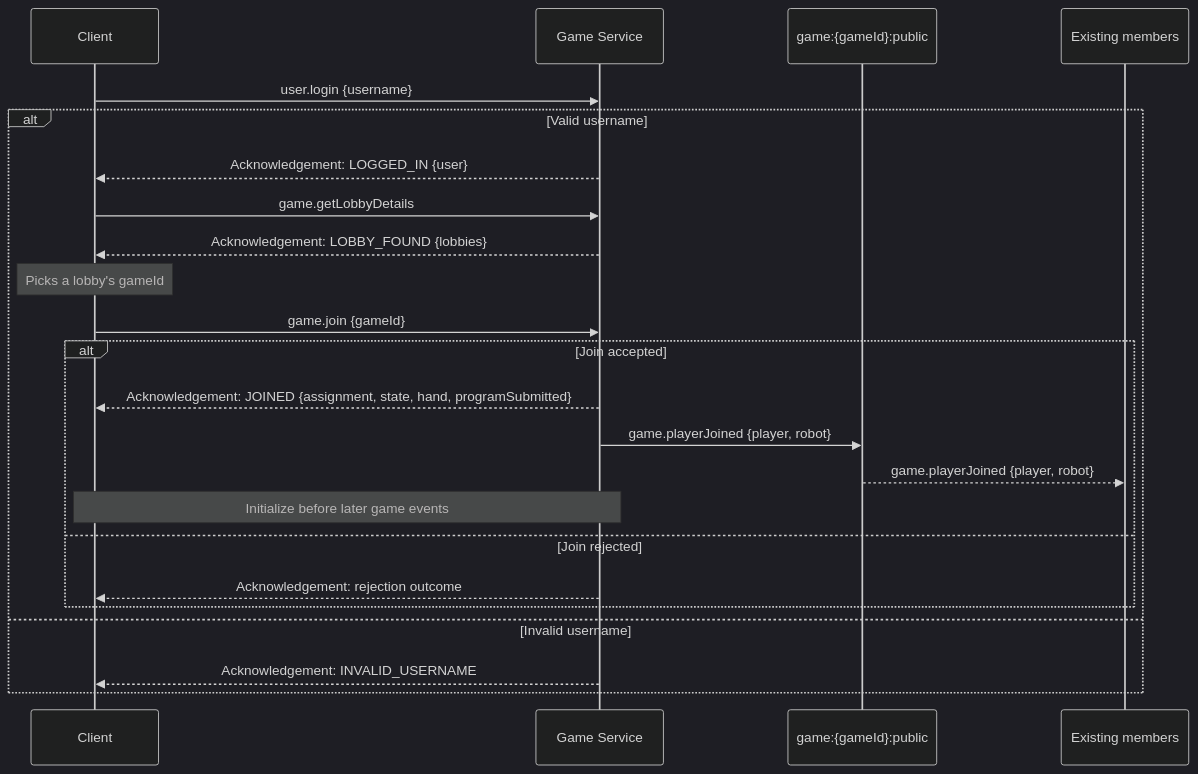
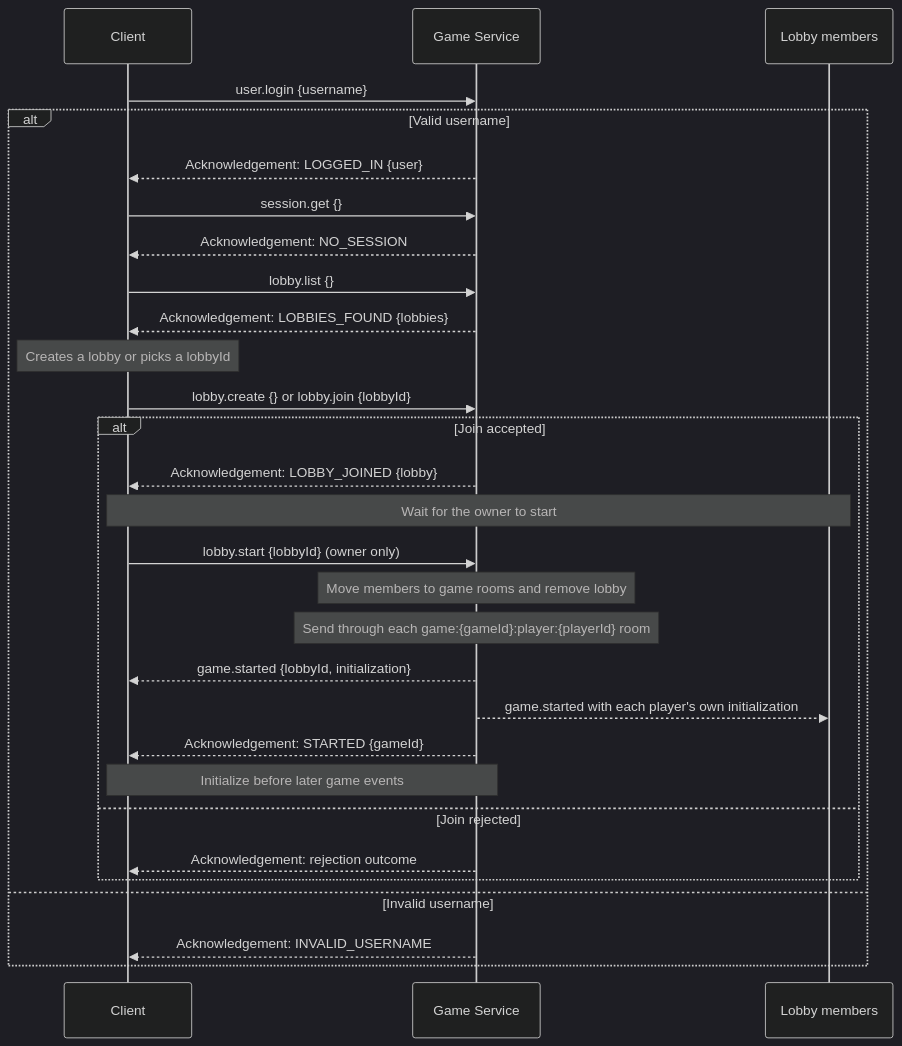
The first of 4 diagrams in docs/Communication.md (hananinas/RoboRally), drawn with Mermaid (dark theme) before and after one commit. The commit also changed other lines of this file and 2 other files, not shown here.

First line of the commit message:
Document lobby lifecycle and game handoff (#149)

````diff
--- a/docs/Communication.md
+++ b/docs/Communication.md
@@ -63,26 +67,32 @@
 ```mermaid
 sequenceDiagram
     participant Client
     participant Server as Game Service
-    participant Public as game:{gameId}:public
-    participant Others as Existing members
+    participant Others as Lobby members
 
     Client->>Server: user.login {username}
     alt Valid username
         Server-->>Client: Acknowledgement: LOGGED_IN {user}
-        Client->>Server : game.getLobbyDetails
-        Server-->>Client: Acknowledgement: LOBBY_FOUND {lobbies}
-        Note over Client: Picks a lobby's gameId
-        Client->>Server: game.join {gameId}
+        Client->>Server: session.get {}
+        Server-->>Client: Acknowledgement: NO_SESSION
+        Client->>Server : lobby.list {}
+        Server-->>Client: Acknowledgement: LOBBIES_FOUND {lobbies}
+        Note over Client: Creates a lobby or picks a lobbyId
+        Client->>Server: lobby.create {} or lobby.join {lobbyId}
         alt Join accepted
-            Server-->>Client: Acknowledgement: JOINED {assignment, state, hand, programSubmitted}
-            Server->>Public: game.playerJoined {player, robot}
-            Public-->>Others: game.playerJoined {player, robot}
+            Server-->>Client: Acknowledgement: LOBBY_JOINED {lobby}
+            Note over Client,Others: Wait for the owner to start
+            Client->>Server: lobby.start {lobbyId} (owner only)
+            Note over Server: Move members to game rooms and remove lobby
+            Note over Server: Send through each game:{gameId}:player:{playerId} room
+            Server-->>Client: game.started {lobbyId, initialization}
+            Server-->>Others: game.started with each player's own initialization
+            Server-->>Client: Acknowledgement: STARTED {gameId}
             Note over Client,Server: Initialize before later game events
         else Join rejected
             Server-->>Client: Acknowledgement: rejection outcome
         end
     else Invalid username
         Server-->>Client: Acknowledgement: INVALID_USERNAME
     end
 ```
````
